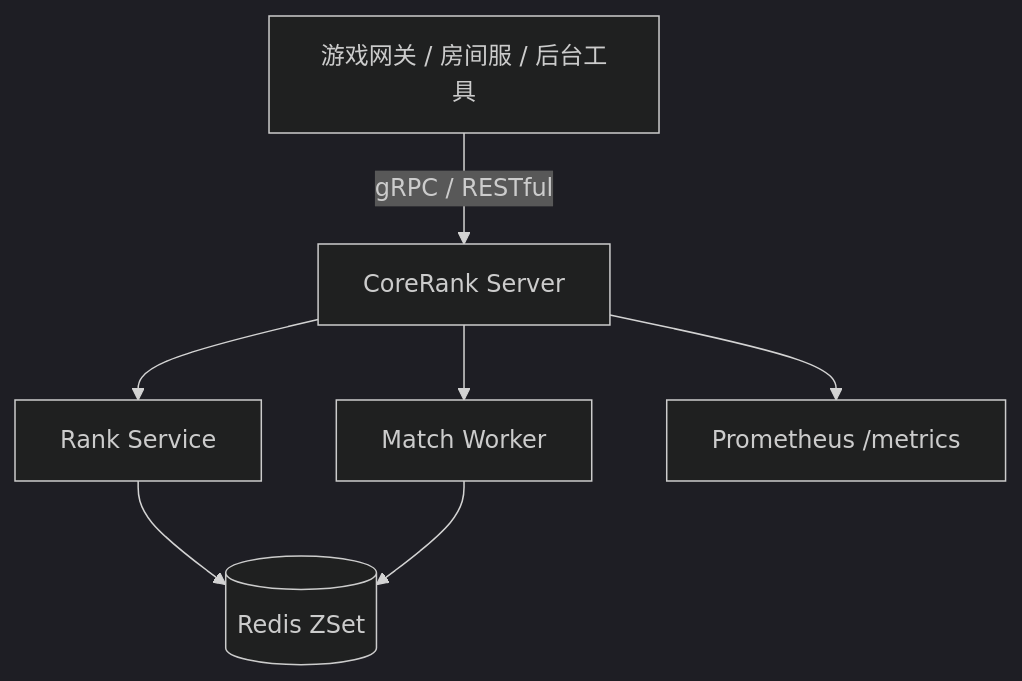
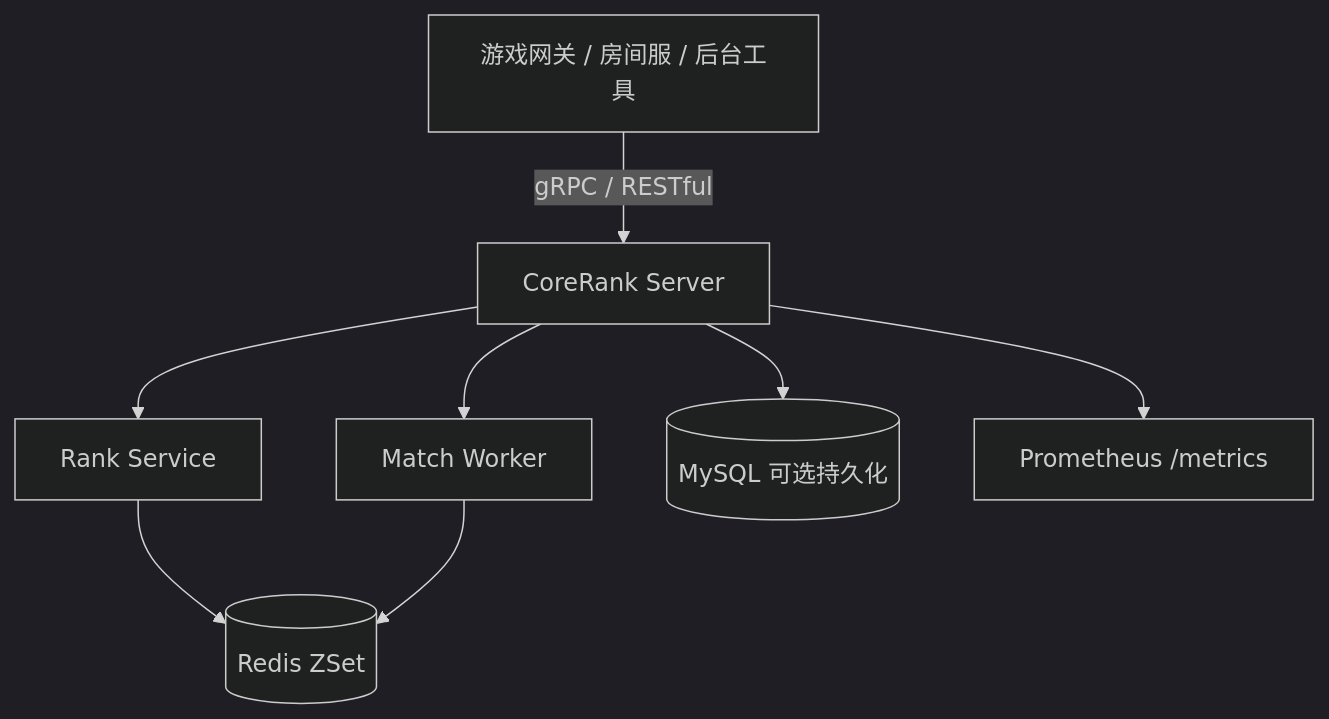
Before and after one commit to jingjie2002/CoreRank: the diagram in README.md, drawn with Mermaid (dark theme). The commit also changed other lines of this file and 8 other files, not shown here.

````diff
--- a/README.md
+++ b/README.md
@@ -51,9 +53,10 @@
 ```mermaid
 graph TB
     GameService["游戏网关 / 房间服 / 后台工具"] -->|"gRPC / RESTful"| CoreRank["CoreRank Server"]
     CoreRank --> RankService["Rank Service"]
     CoreRank --> MatchWorker["Match Worker"]
     RankService --> Redis[("Redis ZSet")]
     MatchWorker --> Redis
+    CoreRank --> MySQL[("MySQL 可选持久化")]
     CoreRank --> Metrics["Prometheus /metrics"]
 ```
````
